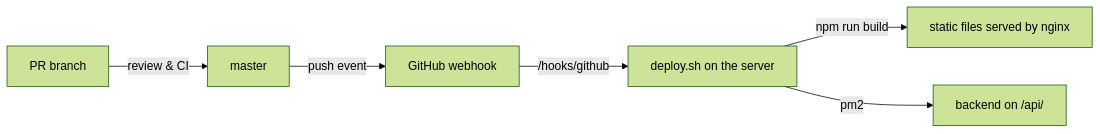
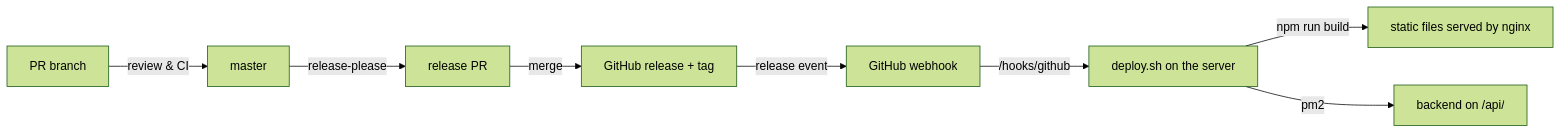
The diagram in README.md (IT4Change/IT4C.dev), drawn with Mermaid (forest theme) before and after one commit. The commit also changed other lines of this file and 6 other files, not shown here.

First line of the commit message:
feat(workflow): release with release-please and deploy on published release (#798)

````diff
--- a/README.md
+++ b/README.md
@@ -181,8 +182,10 @@
 ```mermaid
 flowchart LR
   PR[PR branch] -->|review & CI| M[master]
-  M -->|push event| W[GitHub webhook]
+  M -->|release-please| R[release PR]
+  R -->|merge| T[GitHub release + tag]
+  T -->|release event| W[GitHub webhook]
   W -->|/hooks/github| D[deploy.sh on the server]
   D -->|npm run build| F[static files served by nginx]
   D -->|pm2| B[backend on /api/]
 ```
````
